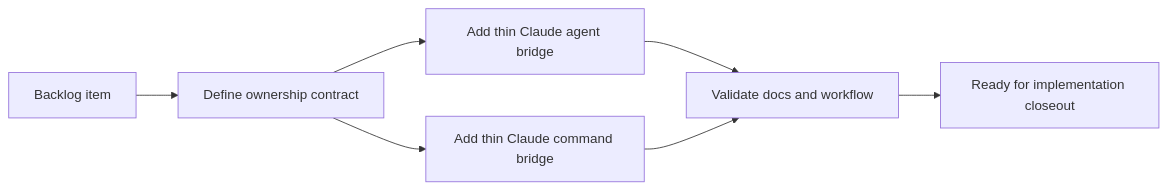
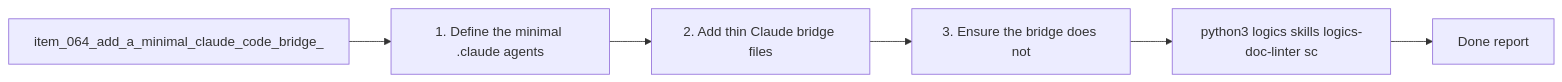
One commit to AlexAgo83/logics-manager changed the diagram in logics/tasks/task_069_add_a_minimal_claude_code_bridge_for_logics_agents.md. Above: the diagram before and after it, drawn with Mermaid. The commit also changed other lines of this file and 481 other files, not shown here.

Commit message:
Normalize Logics docs and workflow indicators

````diff
--- a/logics/tasks/task_069_add_a_minimal_claude_code_bridge_for_logics_agents.md
+++ b/logics/tasks/task_069_add_a_minimal_claude_code_bridge_for_logics_agents.md
@@ -19,10 +20,10 @@
 ```mermaid
+%% logics-kind: task
 %% logics-signature: task|add-a-minimal-claude-code-bridge-for-log|item-064-add-a-minimal-claude-code-bridg|1-define-the-minimal-claude-agents|python3-logics-skills-logics-doc-linter-
 flowchart LR
-    Backlog[Backlog item] --> Contract[Define ownership contract]
-    Contract --> Agent[Add thin Claude agent bridge]
-    Contract --> Command[Add thin Claude command bridge]
-    Agent --> Validation[Validate docs and workflow]
-    Command --> Validation
-    Validation --> Done[Ready for implementation closeout]
+    Backlog[item_064_add_a_minimal_claude_code_bridge_] --> Step1[1. Define the minimal .claude agents]
+    Step1 --> Step2[2. Add thin Claude bridge files]
+    Step2 --> Step3[3. Ensure the bridge does not]
+    Step3 --> Validation[python3 logics skills logics-doc-linter sc]
+    Validation --> Report[Done report]
 ```
````
